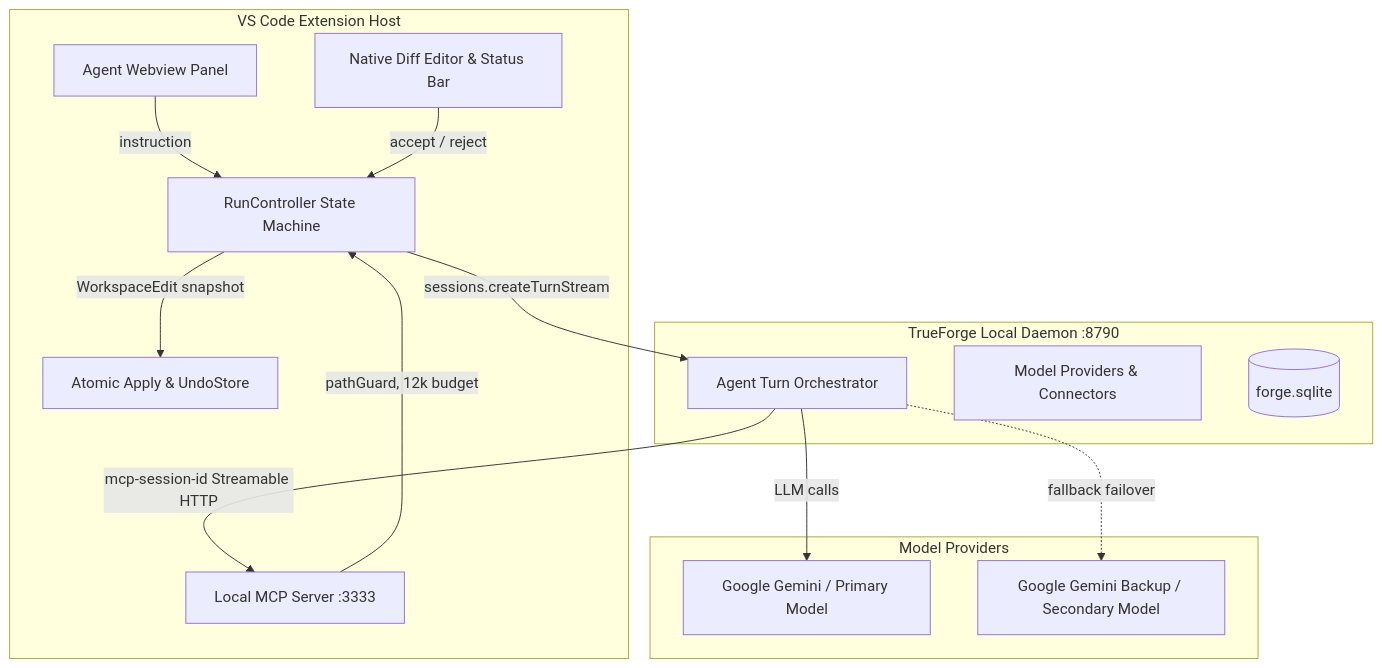
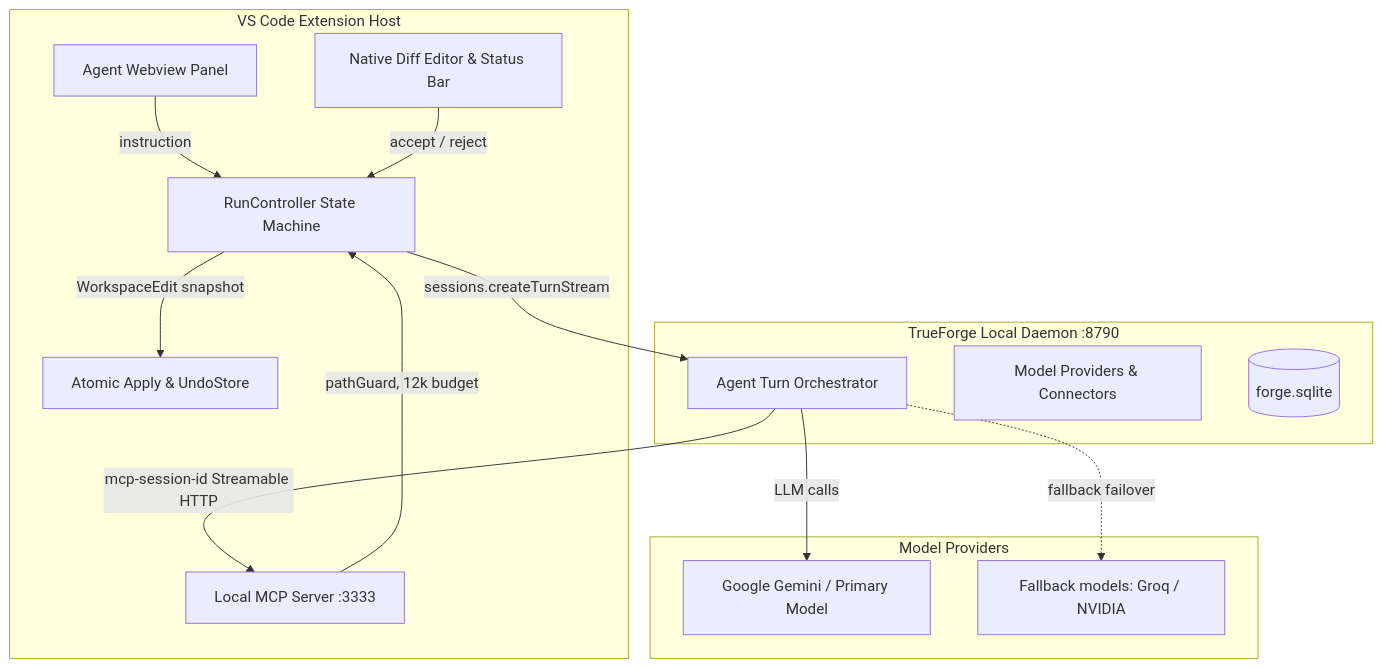
The diagram in docs/writeup/WRITEUP.md (Dev-43/forgetrail), drawn with Mermaid before and after one commit. The commit also changed other lines of this file and 7 other files, not shown here.

````diff
--- a/docs/writeup/WRITEUP.md
+++ b/docs/writeup/WRITEUP.md
@@ -33,30 +33,30 @@
 ```mermaid
 graph TD
     subgraph VS Code Extension Host
         UI[Native Diff Editor & Status Bar]
         Panel[Agent Webview Panel]
         RC[RunController State Machine]
         MCP[Local MCP Server :3333]
         Undo[Atomic Apply & UndoStore]
     end
 
     subgraph TrueForge Local Daemon :8790
         Engine[Agent Turn Orchestrator]
         Catalogs[Model Providers & Connectors]
         DB[(forge.sqlite)]
     end
 
     subgraph Model Providers
         Primary[Google Gemini / Primary Model]
-        Secondary[Google Gemini Backup / Secondary Model]
+        Secondary[Fallback models: Groq / NVIDIA]
     end
 
     Panel -->|instruction| RC
     UI -->|accept / reject| RC
     RC -->|sessions.createTurnStream| Engine
     Engine -->|mcp-session-id Streamable HTTP| MCP
     MCP -->|pathGuard, 12k budget| RC
     Engine -->|LLM calls| Primary
     Engine -.->|fallback failover| Secondary
     RC -->|WorkspaceEdit snapshot| Undo
 ```
````
